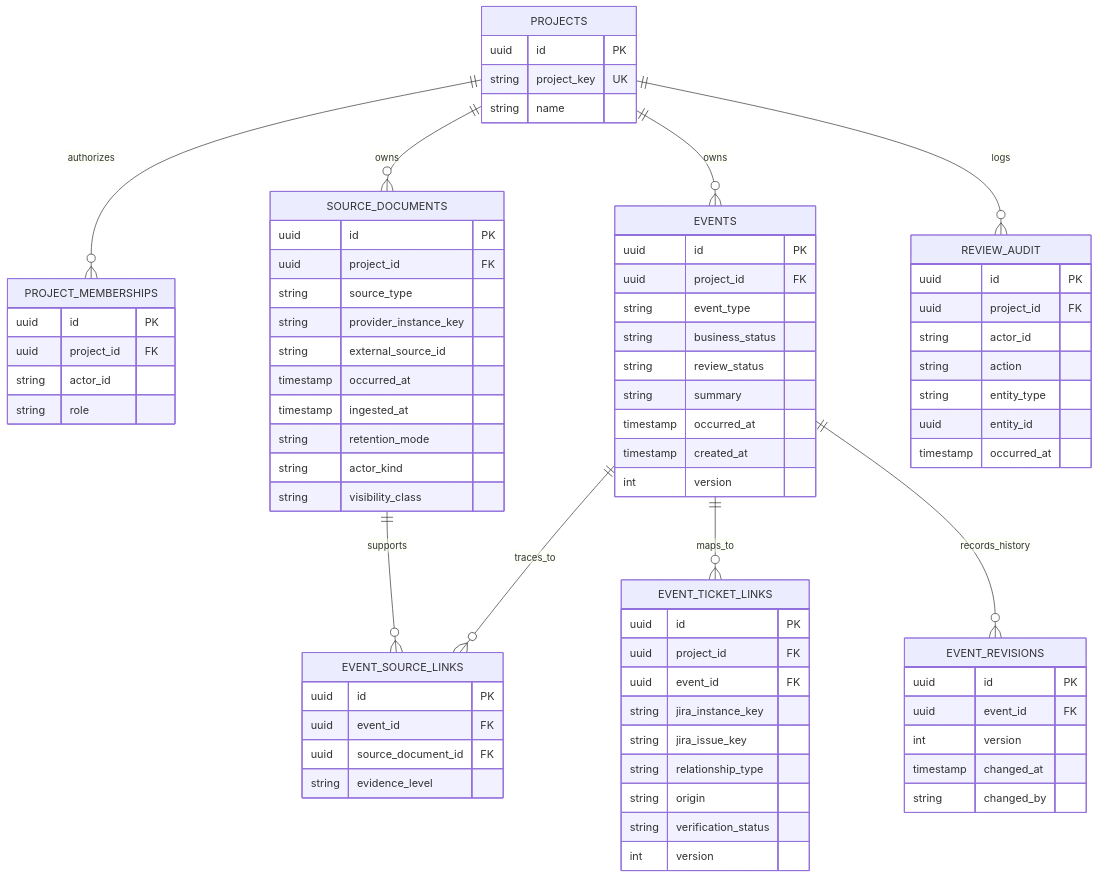
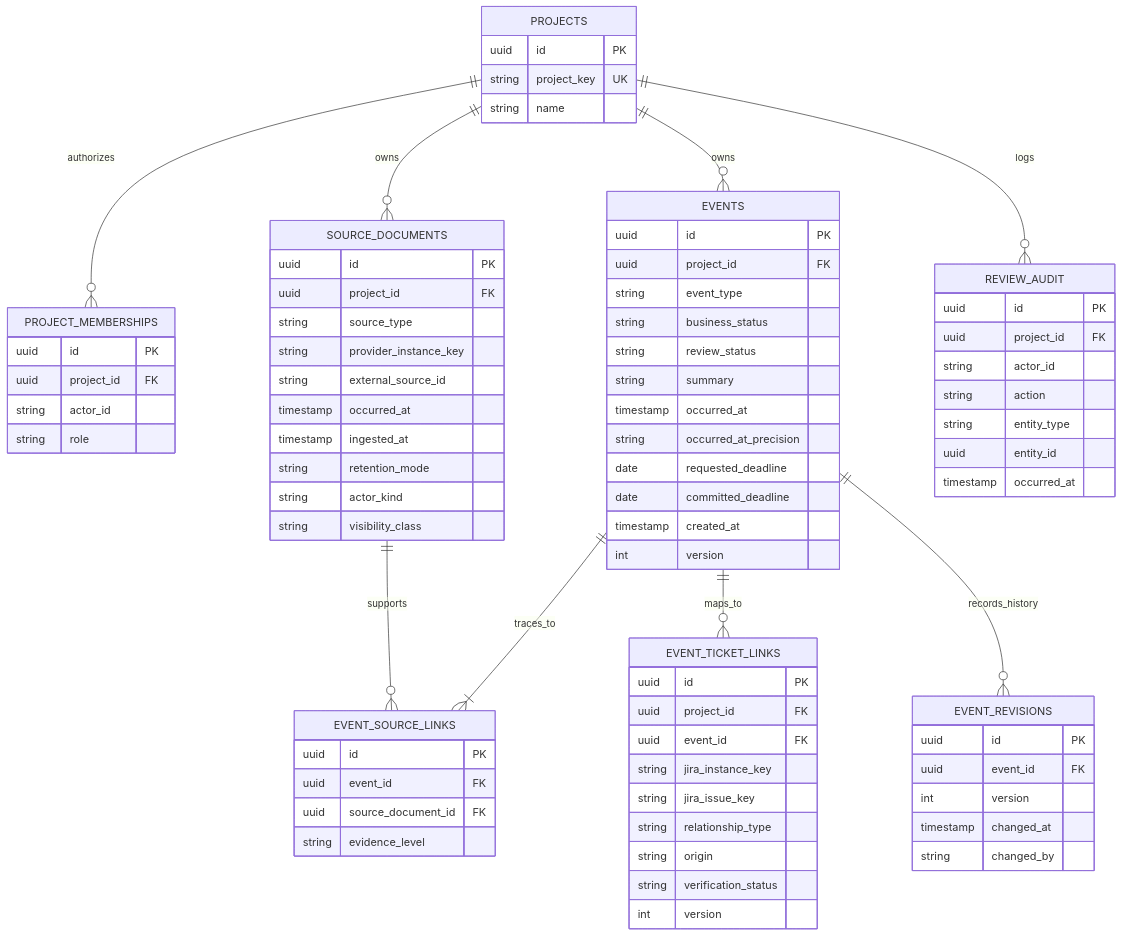
One commit to thanhanz/ClientHub changed the diagram in docs/architecture/erd.md. Above: the diagram before and after it, drawn with Mermaid. The commit also changed other lines of this file and 29 other files, not shown here.

Commit message:
enhance(harness): refactor domain and provider contracts, enhance context bundle schema, and improve validation scripts

````diff
--- a/docs/architecture/erd.md
+++ b/docs/architecture/erd.md
@@ -16,79 +16,82 @@
 ```mermaid
 erDiagram
     PROJECTS ||--o{ PROJECT_MEMBERSHIPS : authorizes
     PROJECTS ||--o{ SOURCE_DOCUMENTS : owns
     PROJECTS ||--o{ EVENTS : owns
-    EVENTS ||--o{ EVENT_SOURCE_LINKS : traces_to
+    EVENTS ||--|{ EVENT_SOURCE_LINKS : traces_to
     SOURCE_DOCUMENTS ||--o{ EVENT_SOURCE_LINKS : supports
     EVENTS ||--o{ EVENT_TICKET_LINKS : maps_to
     EVENTS ||--o{ EVENT_REVISIONS : records_history
     PROJECTS ||--o{ REVIEW_AUDIT : logs
 
     PROJECTS {
       uuid id PK
       string project_key UK
       string name
     }
     PROJECT_MEMBERSHIPS {
       uuid id PK
       uuid project_id FK
       string actor_id
       string role
     }
     SOURCE_DOCUMENTS {
       uuid id PK
       uuid project_id FK
       string source_type
       string provider_instance_key
       string external_source_id
       timestamp occurred_at
       timestamp ingested_at
       string retention_mode
       string actor_kind
       string visibility_class
     }
     EVENTS {
       uuid id PK
       uuid project_id FK
       string event_type
       string business_status
       string review_status
       string summary
       timestamp occurred_at
+      string occurred_at_precision
+      date requested_deadline
+      date committed_deadline
       timestamp created_at
       int version
     }
     EVENT_SOURCE_LINKS {
       uuid id PK
       uuid event_id FK
       uuid source_document_id FK
       string evidence_level
     }
     EVENT_TICKET_LINKS {
       uuid id PK
       uuid project_id FK
       uuid event_id FK
       string jira_instance_key
       string jira_issue_key
       string relationship_type
       string origin
       string verification_status
       int version
     }
     EVENT_REVISIONS {
       uuid id PK
       uuid event_id FK
       int version
       timestamp changed_at
       string changed_by
     }
     REVIEW_AUDIT {
       uuid id PK
       uuid project_id FK
       string actor_id
       string action
       string entity_type
       uuid entity_id
       timestamp occurred_at
     }
 ```
````
